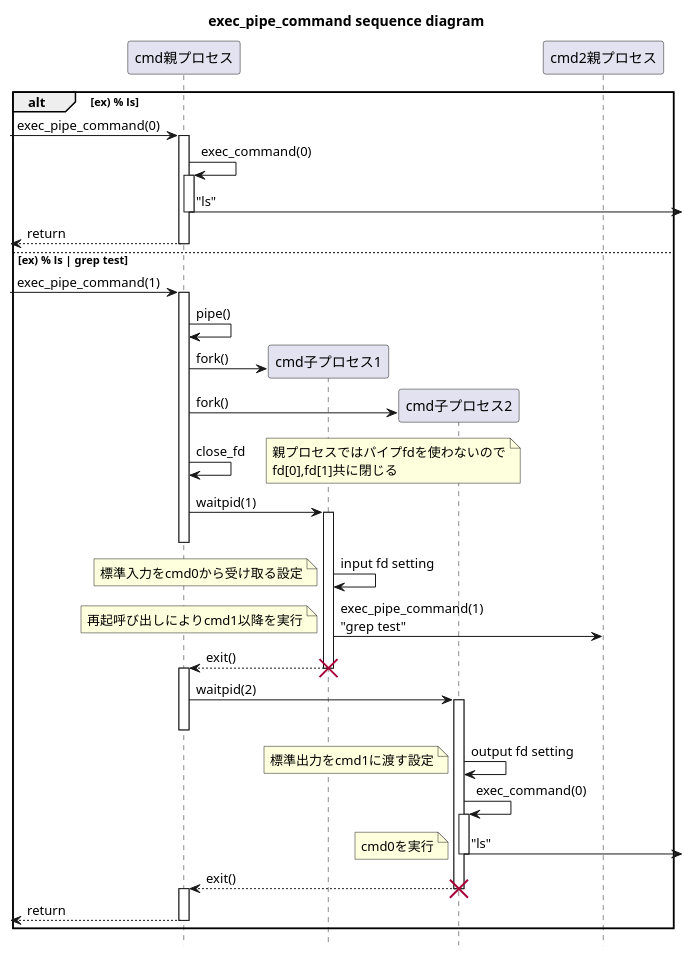
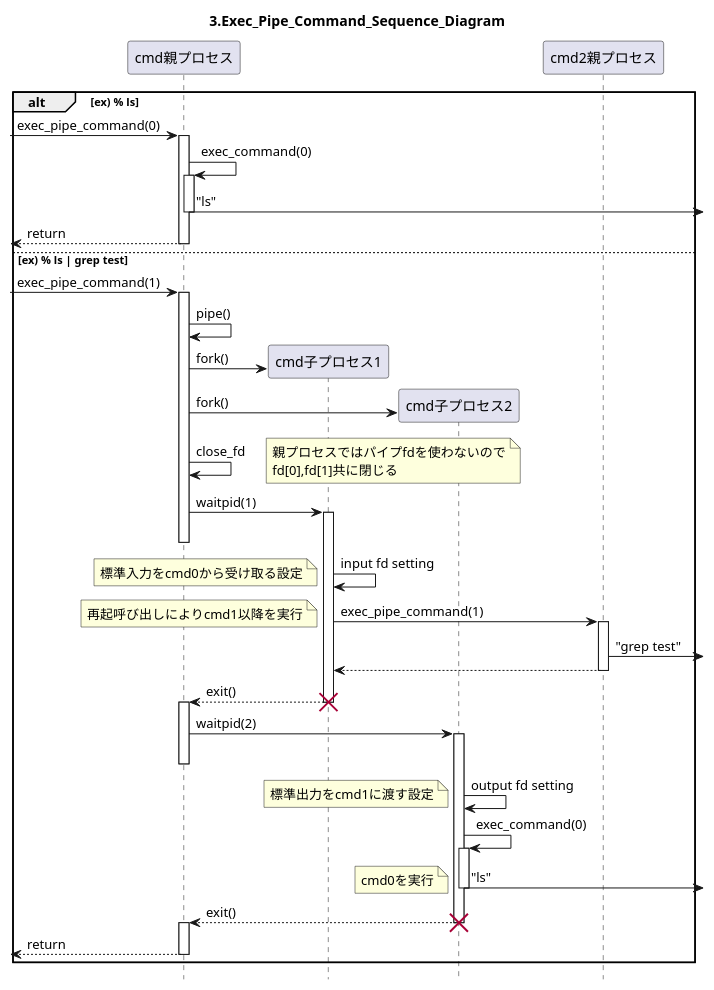
The diagram in design/sequence_pipe.puml (Toshiki-Nakamura/minishell), drawn with PlantUML before and after one commit. The commit also changed 8 other files, not shown here.

Commit message:
fix sequence diagrams

```diff
--- a/design/sequence_pipe.puml
+++ b/design/sequence_pipe.puml
@@ -3,59 +3,63 @@
 @startuml
-title exec_pipe_command sequence diagram
+title 3.Exec_Pipe_Command_Sequence_Diagram
 hide footbox
 
 participant "cmd親プロセス" as Parent1
 participant "cmd子プロセス1" as Child1
 participant "cmd子プロセス2" as Child2
 participant "cmd2親プロセス" as Parent2
 
 alt ex) % ls
 	[->Parent1 : exec_pipe_command(0)
 	activate Parent1
 	Parent1 -> Parent1 : exec_command(0)
 	activate Parent1
 	Parent1->] : "ls"
 	deactivate Parent1
 	[<--Parent1 : return
 	deactivate Parent1
 else ex) % ls | grep test
 	[->Parent1 : exec_pipe_command(1)
 	activate Parent1
 	Parent1->Parent1 : pipe()
 	create Child1
 	Parent1->Child1 : fork()
 	create Child2
 	Parent1->Child2 : fork()
 	Parent1->Parent1 : close_fd
 	note right: 親プロセスではパイプfdを使わないので\nfd[0],fd[1]共に閉じる
 	Parent1->Child1 : waitpid(1)
 	activate Child1
 	deactivate Parent1
 	Child1->Child1 : input fd setting
 	note left: 標準入力をcmd0から受け取る設定
-	Child1->Parent2 : exec_pipe_command(1)\n"grep test"
+	Child1->Parent2 : exec_pipe_command(1)
 	note left: 再起呼び出しによりcmd1以降を実行
+	activate Parent2
+	Parent2->] : "grep test"
+	Child1<--Parent2
+	deactivate Parent2
 	Parent1<--Child1 : exit()
 	deactivate Child1
 	destroy Child1
 	activate Parent1
 	Parent1->Child2 : waitpid(2)
 	activate Child2
 	deactivate Parent1
 	Child2->Child2 : output fd setting
 	note left: 標準出力をcmd1に渡す設定
 	Child2->Child2 : exec_command(0)
 	activate Child2
 	Child2->] : "ls"
 	deactivate Child2
 	note left: cmd0を実行
 	Parent1<--Child2 : exit()
 	deactivate Child2
 	destroy Child2
 	activate Parent1
 	[<--Parent1 : return
 	deactivate Parent1
 end
 
 
 @enduml
```
